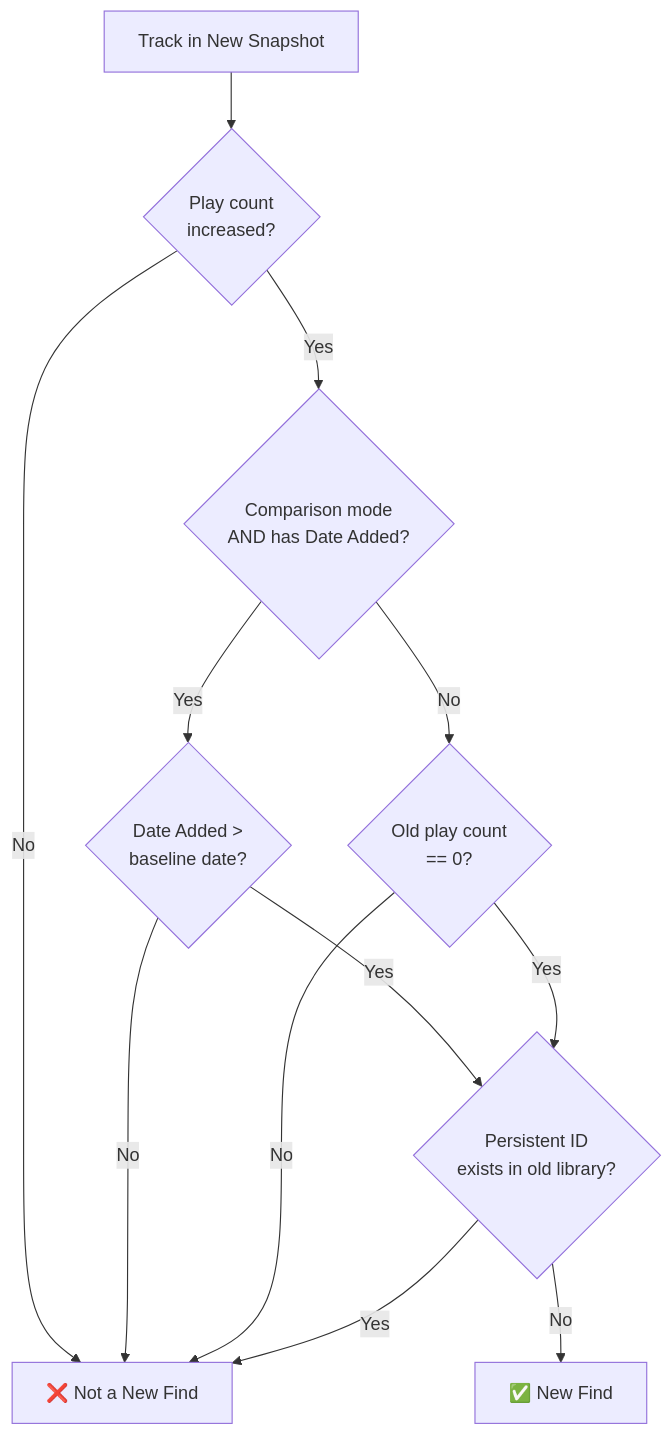
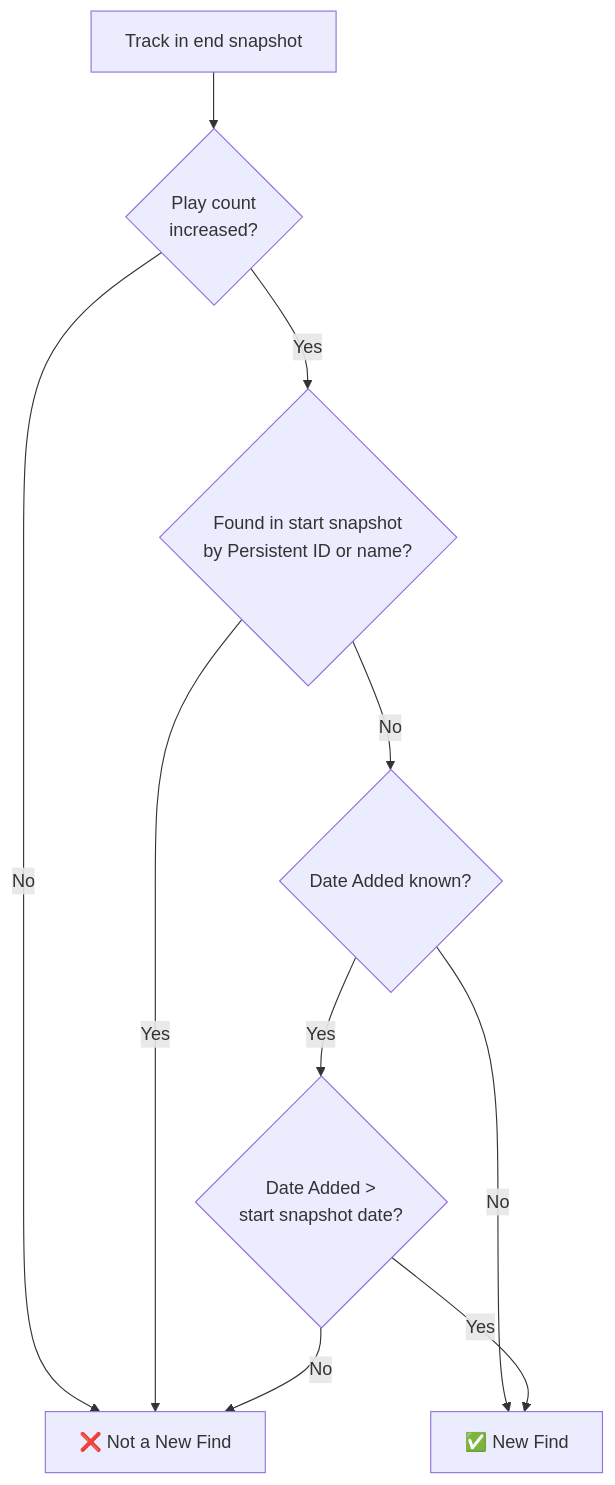
One commit to mooseses/TunesBack changed the diagram in README.md. Above: the diagram before and after it, drawn with Mermaid. The commit also changed other lines of this file and 3 other files, not shown here.

````diff
--- a/README.md
+++ b/README.md
@@ -148,14 +139,12 @@
 ```mermaid
 flowchart TD
-    A[Track in New Snapshot] --> B{Play count<br/>increased?}
+    A[Track in end snapshot] --> B{Play count<br/>increased?}
     B -->|No| X[❌ Not a New Find]
-    B -->|Yes| C{Comparison mode<br/>AND has Date Added?}
-    C -->|Yes| D{Date Added ><br/>baseline date?}
-    C -->|No| E{Old play count<br/>== 0?}
-    D -->|No| X
-    D -->|Yes| F{Persistent ID<br/>exists in old library?}
+    B -->|Yes| C{Found in start snapshot<br/>by Persistent ID or name?}
+    C -->|Yes| X
+    C -->|No| D{Date Added known?}
+    D -->|No| Y[✅ New Find]
+    D -->|Yes| E{Date Added ><br/>start snapshot date?}
     E -->|No| X
-    E -->|Yes| F
-    F -->|Yes| X
-    F -->|No| Y[✅ New Find]
+    E -->|Yes| Y
 ```
````
